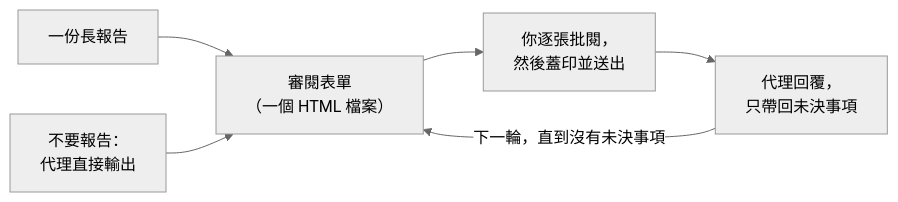
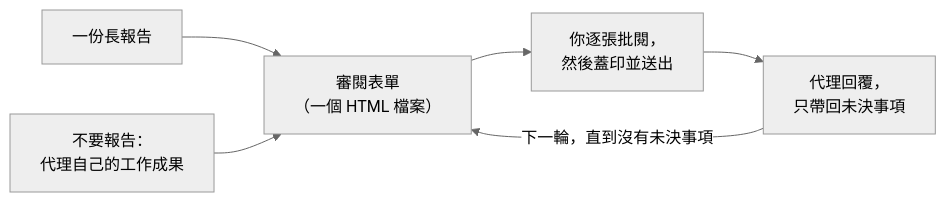
The diagram in README.zh-TW.md (HaoranZhang122/granted-review), drawn with Mermaid (neutral theme) before and after one commit. The commit also changed other lines of this file and 13 other files, not shown here.

````diff
--- a/README.zh-TW.md
+++ b/README.zh-TW.md
@@ -51,8 +60,8 @@
 ```mermaid
 flowchart LR
   A["一份長報告"] --> F["審閱表單<br/>（一個 HTML 檔案）"]
-  B["不要報告：<br/>代理直接輸出"] --> F
+  B["不要報告：<br/>代理自己的工作成果"] --> F
   F --> R["你逐張批閱，<br/>然後蓋印並送出"]
   R --> N["代理回覆，<br/>只帶回未決事項"]
   N -->|"下一輪，直到沒有未決事項"| F
 ```
````
